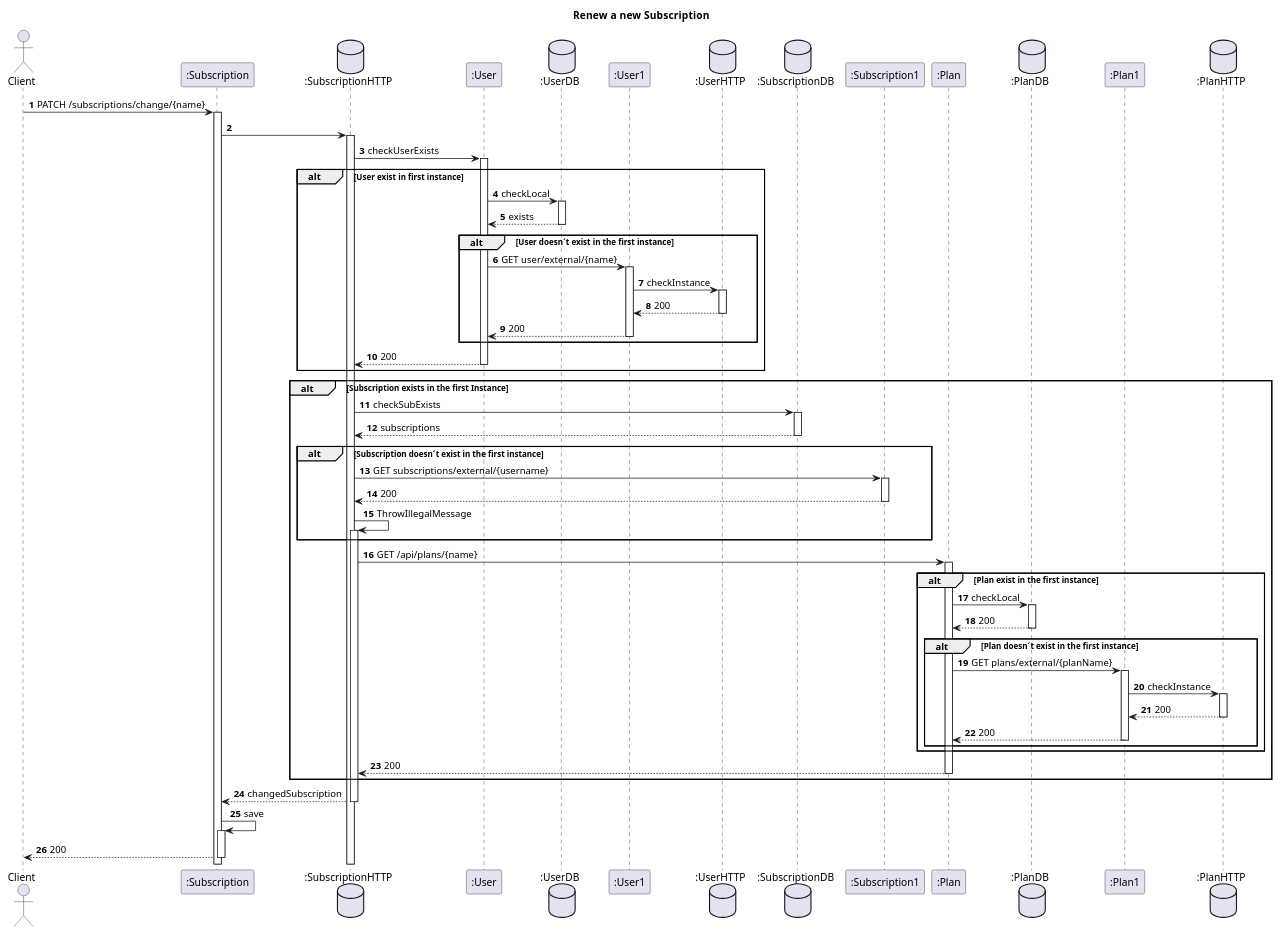
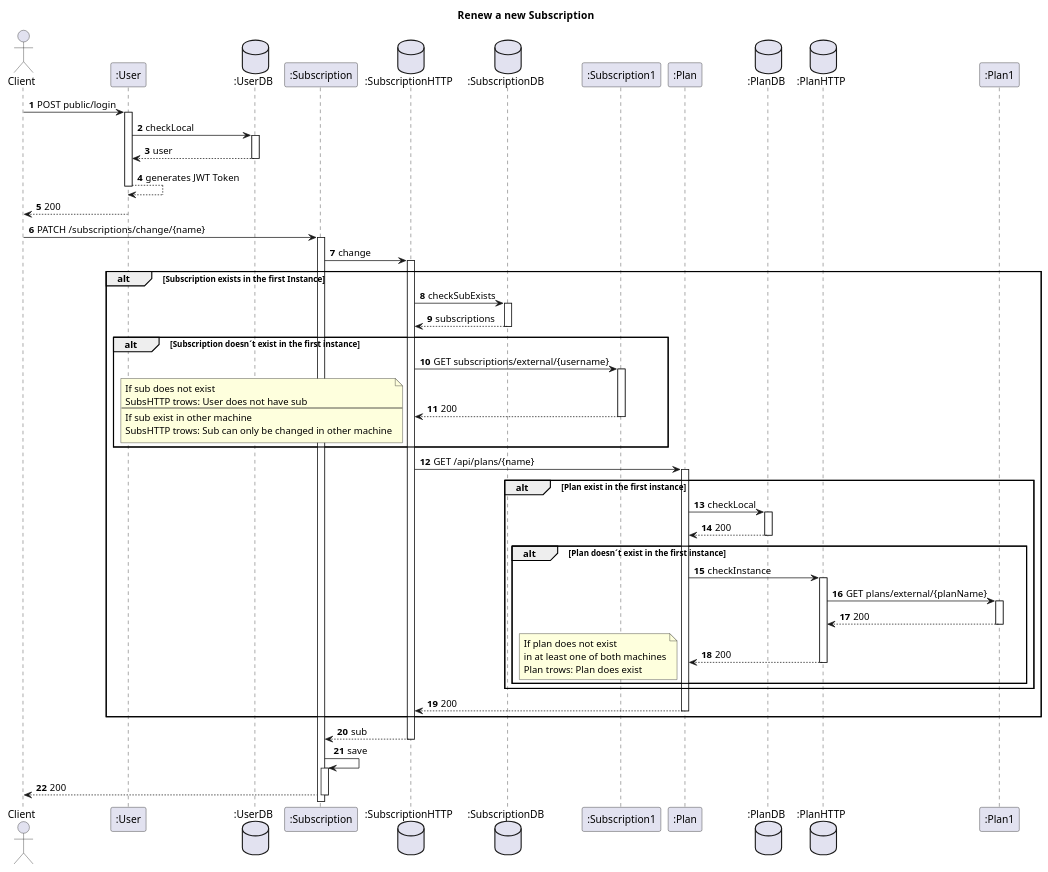
One commit to IsepMartimOliveira/SIDIS changed the diagram in docs_sidis/Subs/Vista Logica/N3/ChangeSubs.puml. Above: the diagram before and after it, drawn with PlantUML. The commit also changed 52 other files, not shown here.

```diff
--- a/docs_sidis/Subs/Vista Logica/N3/ChangeSubs.puml
+++ b/docs_sidis/Subs/Vista Logica/N3/ChangeSubs.puml
@@ -1,65 +1,73 @@
 @startuml
 'https://plantuml.com/sequence-diagram
 autoactivate on
 autonumber
 title  Renew  a new Subscription
 
 autonumber
 
 actor "Client" as Ac
+
+participant ":User" as User
+database ":UserDB" as Udb
+
 participant ":Subscription" as Auth
 database ":SubscriptionHTTP" as SHTTP
-participant ":User" as User
-database ":UserDB" as UDB
-participant ":User1" as User1
-database ":UserHTTP" as UHTTP
+
 database ":SubscriptionDB" as SDB
 participant ":Subscription1" as Serv
 participant ":Plan" as Plan
 database ":PlanDB" as PDB
+database ":PlanHTTP" as PHTTP
 participant ":Plan1" as Plan1
-database ":PlanHTTP" as PHTTP
+
+Ac->User: POST public/login
+User->Udb:checkLocal
+Udb-->User:user
+User-->User:generates JWT Token
+User-->Ac:200
 
 Ac->Auth:  PATCH /subscriptions/change/{name}
-Auth->SHTTP:
-SHTTP->User:checkUserExists
-alt User exist in first instance
-User->UDB:checkLocal
-UDB-->User:exists
-alt User doesn´t exist in the first instance
-User->User1:GET user/external/{name}
-User1->UHTTP:checkInstance
-UHTTP-->User1:200
-User1-->User:200
-end
-User-->SHTTP:200
-
-end
+Auth->SHTTP: change
 
 alt Subscription exists in the first Instance
 SHTTP->SDB:checkSubExists
 SDB-->SHTTP:subscriptions
 alt Subscription doesn´t exist in the first instance
 SHTTP->Serv:GET subscriptions/external/{username}
 Serv-->SHTTP:200
-SHTTP->SHTTP:ThrowIllegalMessage
+note left
+If sub does not exist
+SubsHTTP trows: User does not have sub
+--
+If sub exist in other machine
+SubsHTTP trows: Sub can only be changed in other machine
+end note
 end
 SHTTP->Plan:GET /api/plans/{name}
 
 alt Plan exist in the first instance
 Plan->PDB:checkLocal
 PDB-->Plan:200
 alt Plan doesn´t exist in the first instance
-Plan->Plan1:GET plans/external/{planName}
-Plan1->PHTTP:checkInstance
-PHTTP-->Plan1:200
-Plan1-->Plan:200
+Plan->PHTTP:checkInstance
+PHTTP->Plan1:GET plans/external/{planName}
+
+Plan1-->PHTTP:200
+PHTTP-->Plan:200
+note left
+If plan does not exist
+in at least one of both machines
+Plan trows: Plan does exist
+end note
 end
 end
+
 Plan-->SHTTP:200
 end
-SHTTP-->Auth:changedSubscription
+
+SHTTP-->Auth:sub
 
 Auth->Auth:save
 Auth-->Ac:200
 @enduml
```
